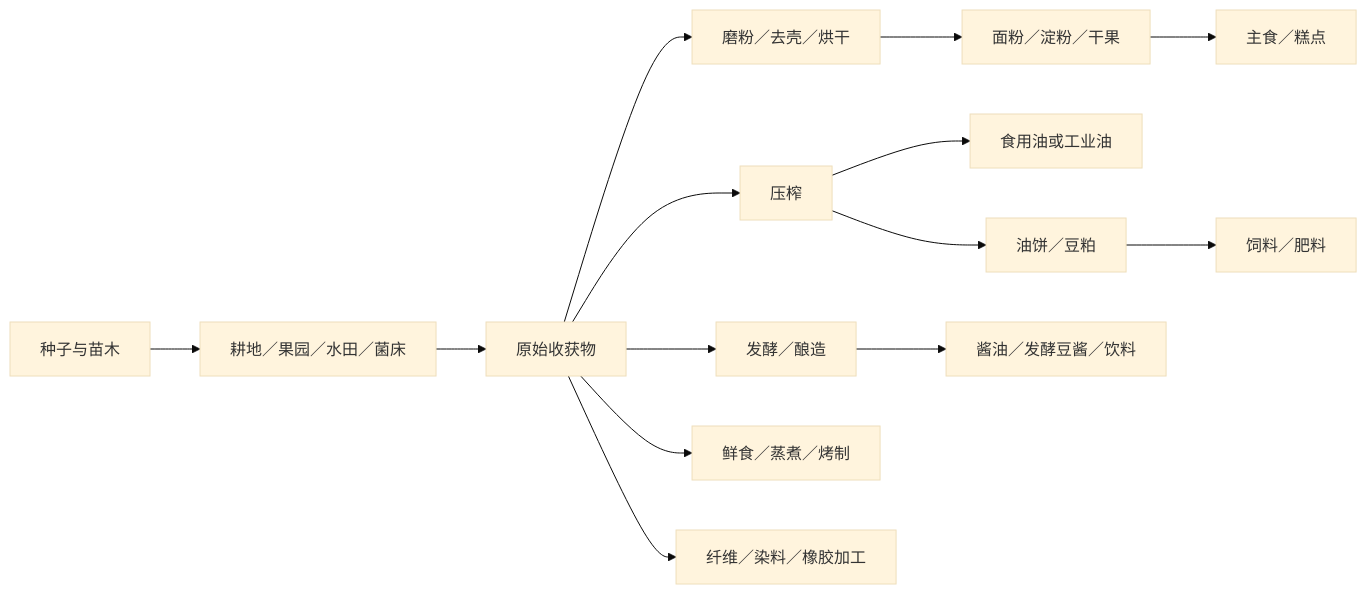
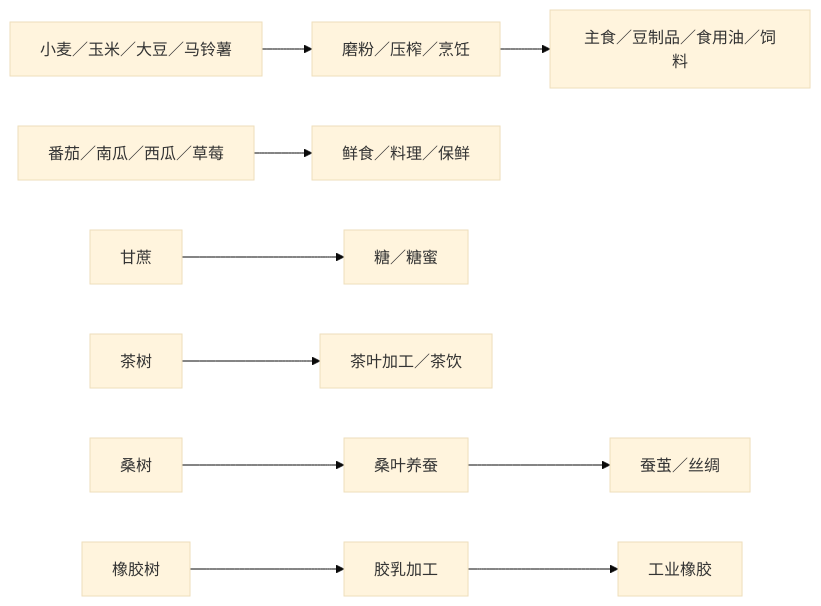
One commit to XDIOEZ/TerraFlat changed the diagram in 开发文档文件夹/03_生存制作与农业/新增作物与食物产业链总表.md. Above: the diagram before and after it, drawn with Mermaid (base theme). The commit also changed other lines of this file, not shown here.

````diff
--- a/开发文档文件夹/03_生存制作与农业/新增作物与食物产业链总表.md
+++ b/开发文档文件夹/03_生存制作与农业/新增作物与食物产业链总表.md
@@ -168,16 +60,10 @@
 ```mermaid
 flowchart LR
-    A[种子与苗木] --> B[耕地／果园／水田／菌床]
-    B --> C[原始收获物]
-    C --> D[磨粉／去壳／烘干]
-    C --> E[压榨]
-    C --> F[发酵／酿造]
-    C --> G[鲜食／蒸煮／烤制]
-    C --> H[纤维／染料／橡胶加工]
-    E --> I[食用油或工业油]
-    E --> J[油饼／豆粕]
-    D --> K[面粉／淀粉／干果]
-    F --> L[酱油／发酵豆酱／饮料]
-    K --> M[主食／糕点]
-    J --> N[饲料／肥料]
+    A[小麦／玉米／大豆／马铃薯] --> B[磨粉／压榨／烹饪]
+    B --> C[主食／豆制品／食用油／饲料]
+    D[番茄／南瓜／西瓜／草莓] --> E[鲜食／料理／保鲜]
+    F[甘蔗] --> G[糖／糖蜜]
+    H[茶树] --> I[茶叶加工／茶饮]
+    J[桑树] --> K[桑叶养蚕] --> L[蚕茧／丝绸]
+    M[橡胶树] --> N[胶乳加工] --> O[工业橡胶]
 ```
````
